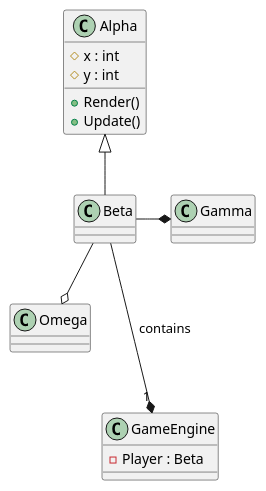
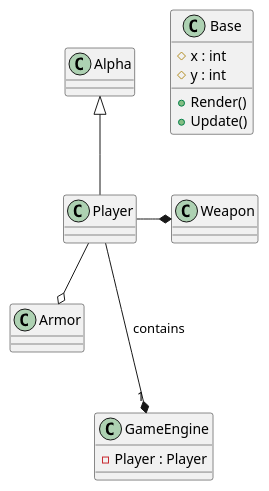
The diagram in diagram.pu (NoahHakansson/SE-PA1460), drawn with PlantUML before and after one commit.

```diff
--- a/diagram.pu
+++ b/diagram.pu
@@ -1,19 +1,19 @@
 @startuml Test
-class Alpha{
+class Base{
     #x : int
     #y : int
     +Render()
     +Update()
 }
-class Beta
-class Gamma
-class Omega
+class Player
+class Weapon
+class Armor
 class GameEngine
 
-Alpha <|-- Beta
-Beta -* Gamma
-Beta --o Omega
-Beta ---* "1" GameEngine: contains
+Alpha <|-- Player
+Player -* Weapon
+Player --o Armor
+Player ---* "1" GameEngine: contains
 
-GameEngine : -Player : Beta
+GameEngine : -Player : Player
 @enduml
```
